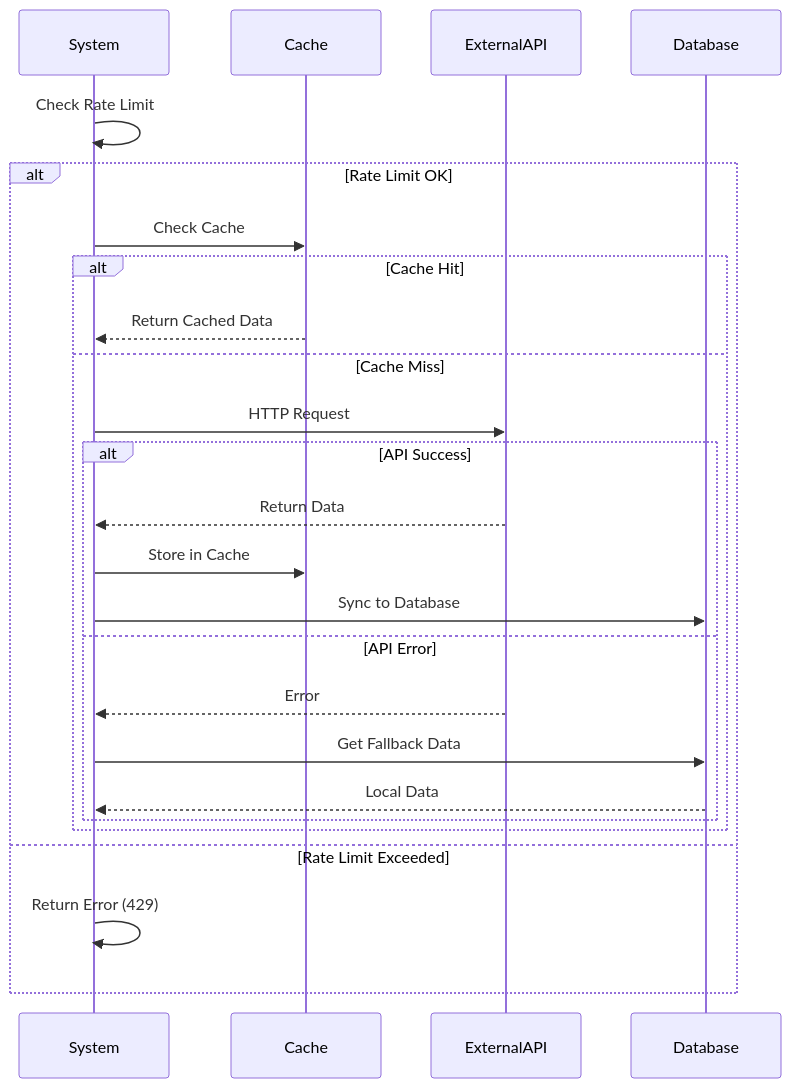
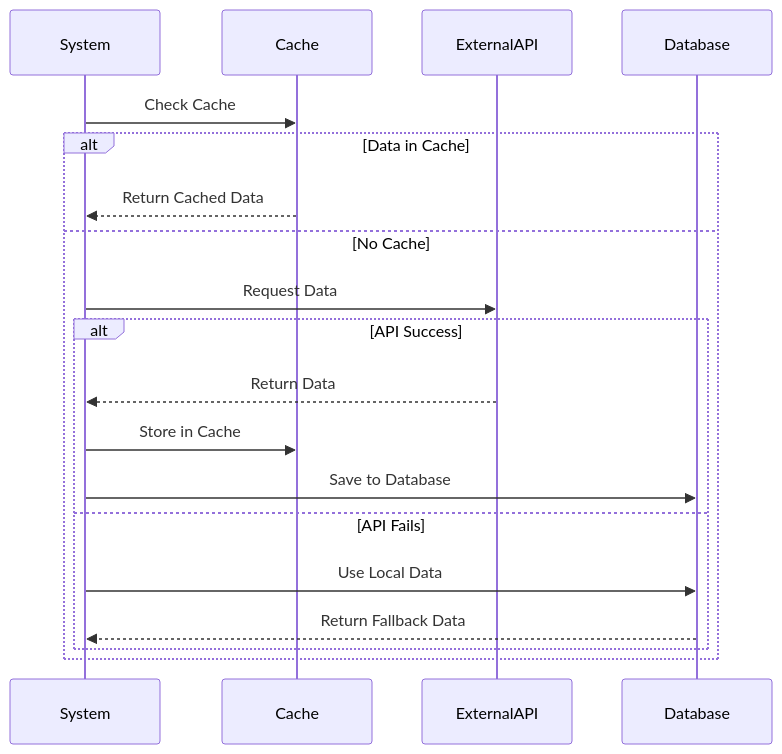
One commit to abdullah2323442/thesisrepo-backup changed diagram 15 of 19 in documentation/sequence-diagrams.md. Above: the diagram before and after it, drawn with Mermaid.

Commit message:
refactor(external-api): Simplify API data retrieval process and improve cache handling

````diff
--- a/documentation/sequence-diagrams.md
+++ b/documentation/sequence-diagrams.md
@@ -465,31 +465,24 @@
 ```mermaid
 sequenceDiagram
     participant System
     participant Cache
     participant ExternalAPI
     participant Database
 
-    System->>System: Check Rate Limit
+    System->>Cache: Check Cache
     
-    alt Rate Limit OK
-        System->>Cache: Check Cache
+    alt Data in Cache
+        Cache-->>System: Return Cached Data
+    else No Cache
+        System->>ExternalAPI: Request Data
         
-        alt Cache Hit
-            Cache-->>System: Return Cached Data
-        else Cache Miss
-            System->>ExternalAPI: HTTP Request
-            
-            alt API Success
-                ExternalAPI-->>System: Return Data
-                System->>Cache: Store in Cache
-                System->>Database: Sync to Database
-            else API Error
-                ExternalAPI-->>System: Error
-                System->>Database: Get Fallback Data
-                Database-->>System: Local Data
-            end
+        alt API Success
+            ExternalAPI-->>System: Return Data
+            System->>Cache: Store in Cache
+            System->>Database: Save to Database
+        else API Fails
+            System->>Database: Use Local Data
+            Database-->>System: Return Fallback Data
         end
-    else Rate Limit Exceeded
-        System->>System: Return Error (429)
     end
 ```
````
